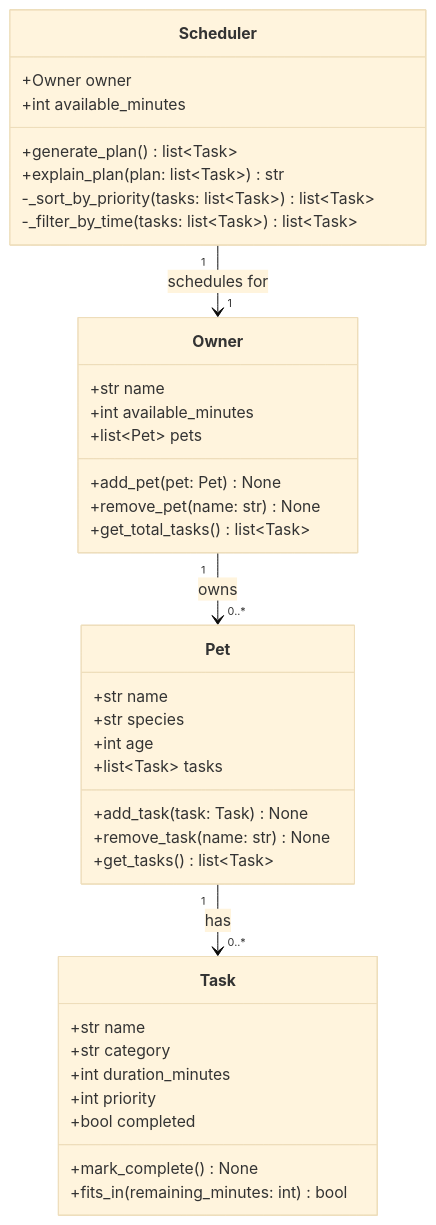
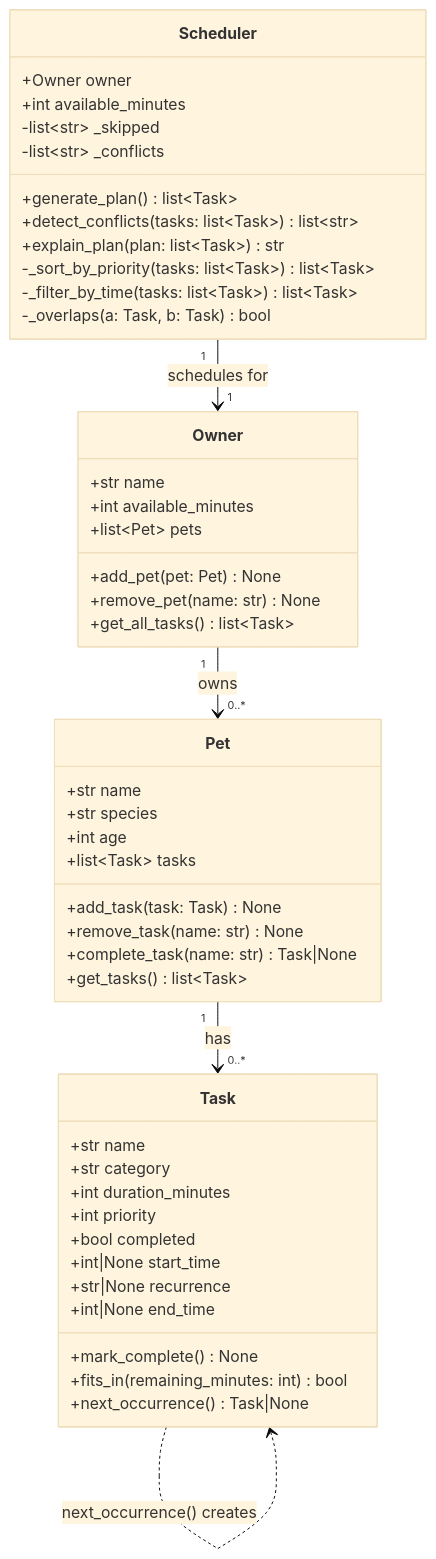
One commit to echen078/ai110-module2show-pawpal-starter changed the diagram in reflection.md. Above: the diagram before and after it, drawn with Mermaid (base theme). The commit also changed other lines of this file and 2 other files, not shown here.

Commit message:
feat: polish UI, finalize UML, and complete reflection

````diff
--- a/reflection.md
+++ b/reflection.md
@@ -24,44 +24,54 @@
 ```mermaid
 classDiagram
     class Owner {
         +str name
         +int available_minutes
         +list~Pet~ pets
         +add_pet(pet: Pet) None
         +remove_pet(name: str) None
-        +get_total_tasks() list~Task~
+        +get_all_tasks() list~Task~
     }
 
     class Pet {
         +str name
         +str species
         +int age
         +list~Task~ tasks
         +add_task(task: Task) None
         +remove_task(name: str) None
+        +complete_task(name: str) Task|None
         +get_tasks() list~Task~
     }
 
     class Task {
         +str name
         +str category
         +int duration_minutes
         +int priority
         +bool completed
+        +int|None start_time
+        +str|None recurrence
+        +int|None end_time
         +mark_complete() None
         +fits_in(remaining_minutes: int) bool
+        +next_occurrence() Task|None
     }
 
     class Scheduler {
         +Owner owner
         +int available_minutes
+        -list~str~ _skipped
+        -list~str~ _conflicts
         +generate_plan() list~Task~
+        +detect_conflicts(tasks: list~Task~) list~str~
         +explain_plan(plan: list~Task~) str
         -_sort_by_priority(tasks: list~Task~) list~Task~
         -_filter_by_time(tasks: list~Task~) list~Task~
+        -_overlaps(a: Task, b: Task) bool
     }
 
     Owner "1" --> "0..*" Pet : owns
     Pet "1" --> "0..*" Task : has
     Scheduler "1" --> "1" Owner : schedules for
+    Task ..> Task : next_occurrence() creates
 ```
````
